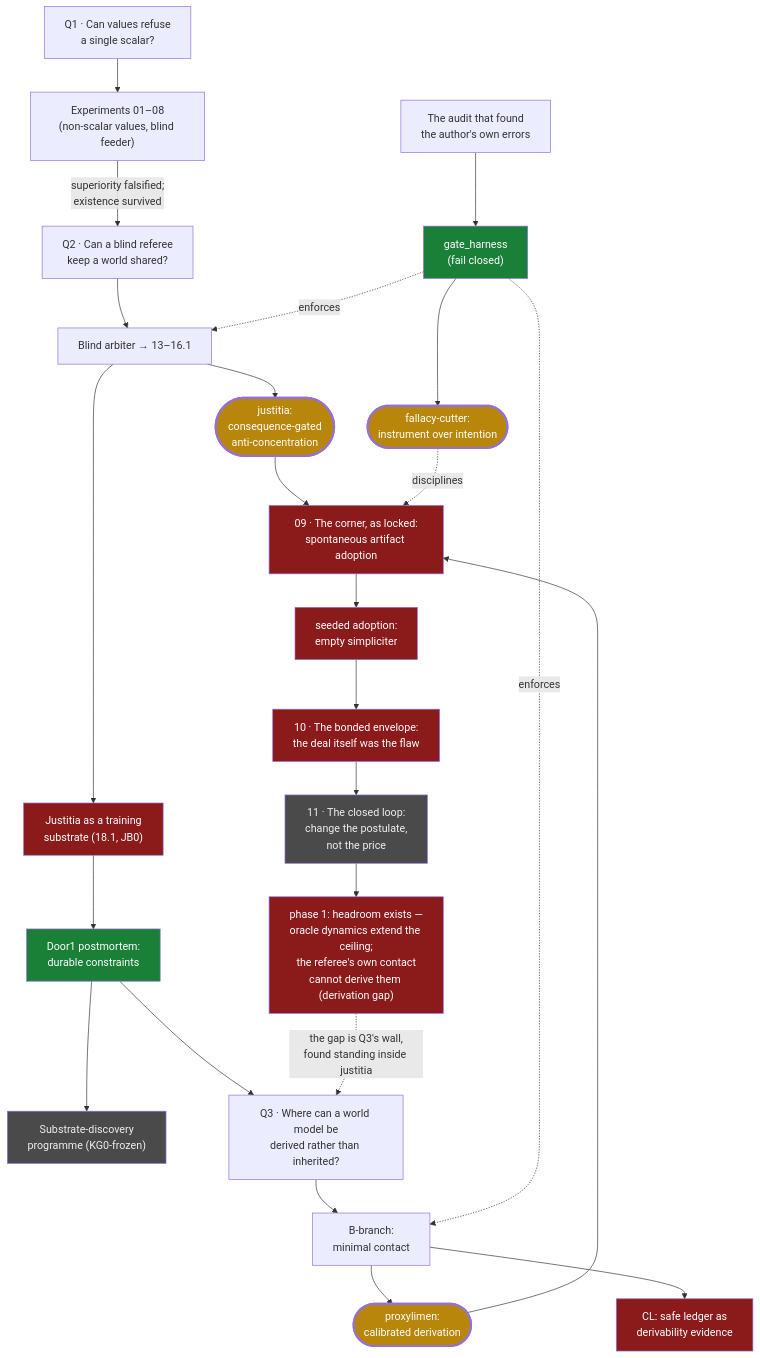
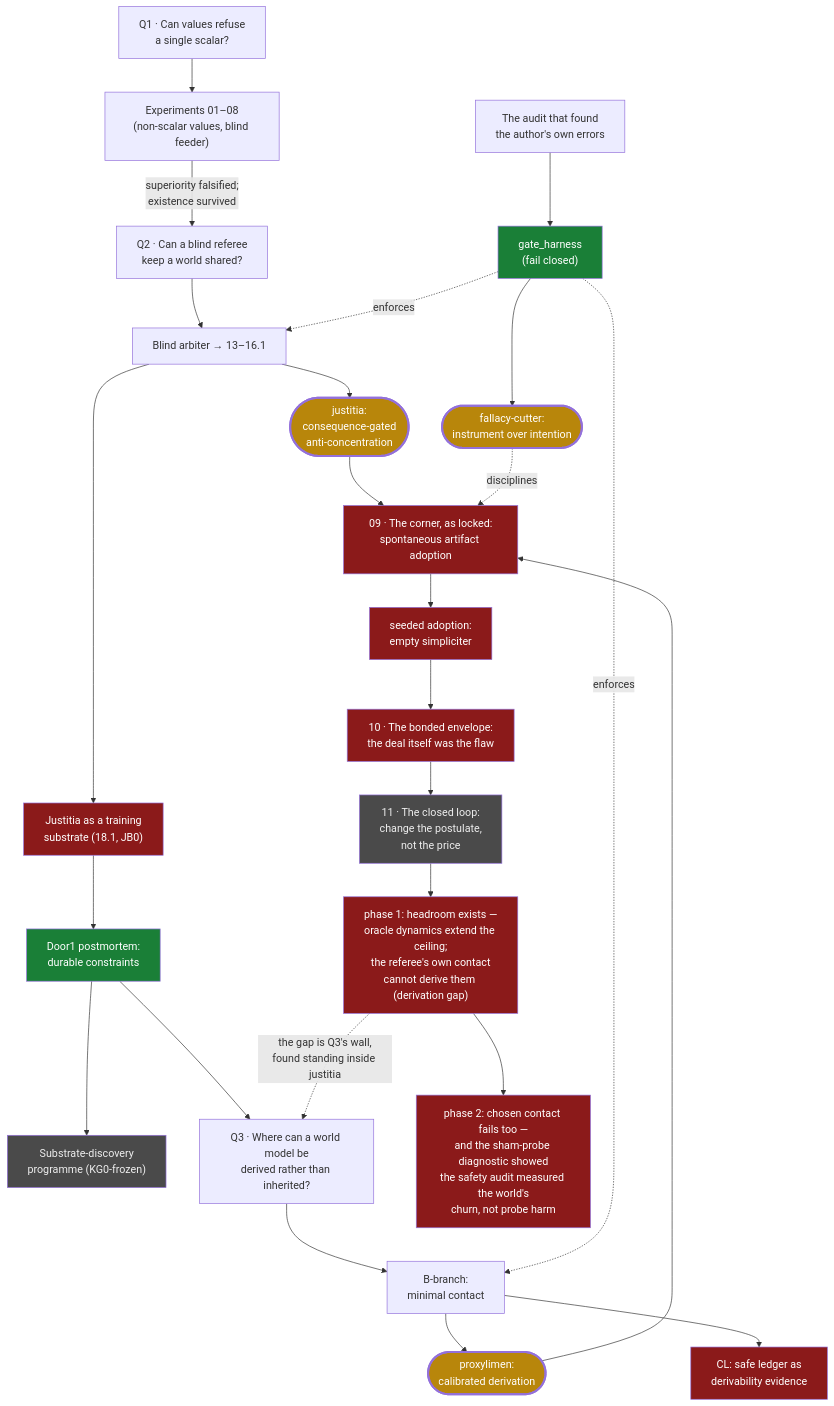
The diagram in README.md (Kirill-Kruglov/ascesis), drawn with Mermaid before and after one commit. The commit also changed other lines of this file and 1 other file, not shown here.

First line of the commit message:
Line 11 phase 2: killed as locked - and the audit measured the world

````diff
--- a/README.md
+++ b/README.md
@@ -22,31 +22,32 @@
 ```mermaid
 flowchart TD
     classDef verified fill:#1a7f37,color:#fff
     classDef falsified fill:#8b1a1a,color:#fff
     classDef open fill:#4a4a4a,color:#eee
     classDef concl fill:#b8860b,color:#fff,stroke-width:3px
 
     Q1["Q1 · Can values refuse<br/>a single scalar?"] --> E["Experiments 01–08<br/>(non-scalar values, blind feeder)"]
     E -->|"superiority falsified;<br/>existence survived"| Q2["Q2 · Can a blind referee<br/>keep a world shared?"]
     Q2 --> J["Blind arbiter → 13–16.1"]
     J --> JC(["justitia:<br/>consequence-gated<br/>anti-concentration"]):::concl
     J --> S["Justitia as a training<br/>substrate (18.1, JB0)"]:::falsified
     S --> D1["Door1 postmortem:<br/>durable constraints"]:::verified
     D1 --> SD["Substrate-discovery<br/>programme (KG0-frozen)"]:::open
     D1 --> Q3["Q3 · Where can a world model be<br/>derived rather than inherited?"]
     Q3 --> B["B-branch:<br/>minimal contact"]
     B --> PC(["proxylimen:<br/>calibrated derivation"]):::concl
     B --> CL["CL: safe ledger as<br/>derivability evidence"]:::falsified
     A["The audit that found<br/>the author's own errors"] --> G["gate_harness<br/>(fail closed)"]:::verified
     G --> FC(["fallacy-cutter:<br/>instrument over intention"]):::concl
     G -. enforces .-> J
     G -. enforces .-> B
     PC --> X["09 · The corner, as locked:<br/>spontaneous artifact adoption"]:::falsified
     JC --> X
     FC -. disciplines .-> X
     X --> X2["seeded adoption:<br/>empty simpliciter"]:::falsified
     X2 --> Y["10 · The bonded envelope:<br/>the deal itself was the flaw"]:::falsified
     Y --> Z["11 · The closed loop:<br/>change the postulate,<br/>not the price"]:::open
     Z --> Z1["phase 1: headroom exists —<br/>oracle dynamics extend the ceiling;<br/>the referee's own contact<br/>cannot derive them (derivation gap)"]:::falsified
     Z1 -. "the gap is Q3's wall,<br/>found standing inside justitia" .-> Q3
+    Z1 --> Z2["phase 2: chosen contact fails too —<br/>and the sham-probe diagnostic showed<br/>the safety audit measured the world's<br/>churn, not probe harm"]:::falsified
 ```
````
